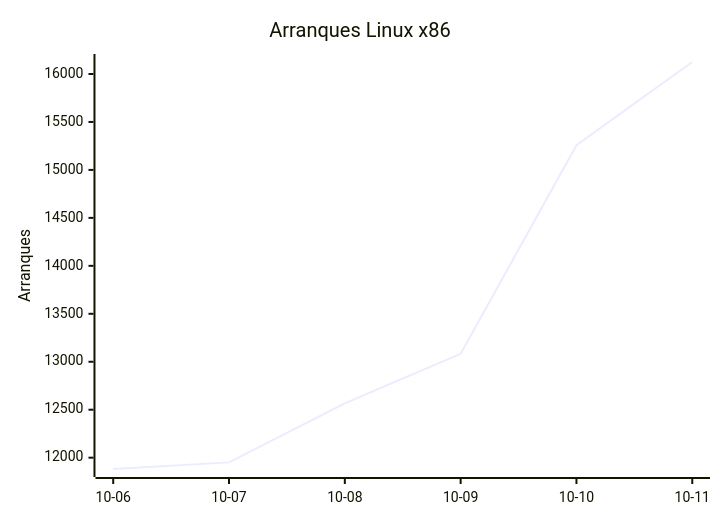
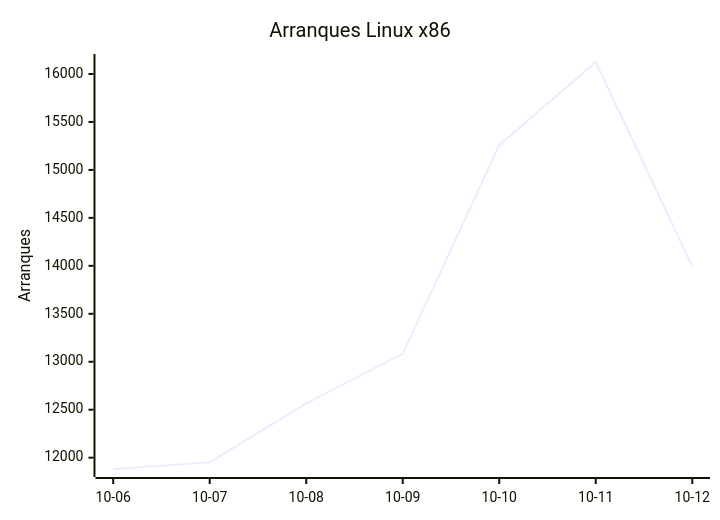
Before and after one commit to EmuDeck/stats: the first of 8 diagrams in README.md, drawn with Mermaid. The commit also changed other lines of this file and 2 other files, not shown here.

````diff
--- a/README.md
+++ b/README.md
@@ -18,7 +18,7 @@
 ```mermaid
 xychart-beta
     title "Arranques Linux x86"
-    x-axis ["10-06", "10-07", "10-08", "10-09", "10-10", "10-11"]
+    x-axis ["10-06", "10-07", "10-08", "10-09", "10-10", "10-11", "10-12"]
     y-axis "Arranques"
-    line [11882, 11951, 12567, 13083, 15258, 16125]
+    line [11882, 11951, 12567, 13083, 15258, 16125, 13994]
 ```
````
